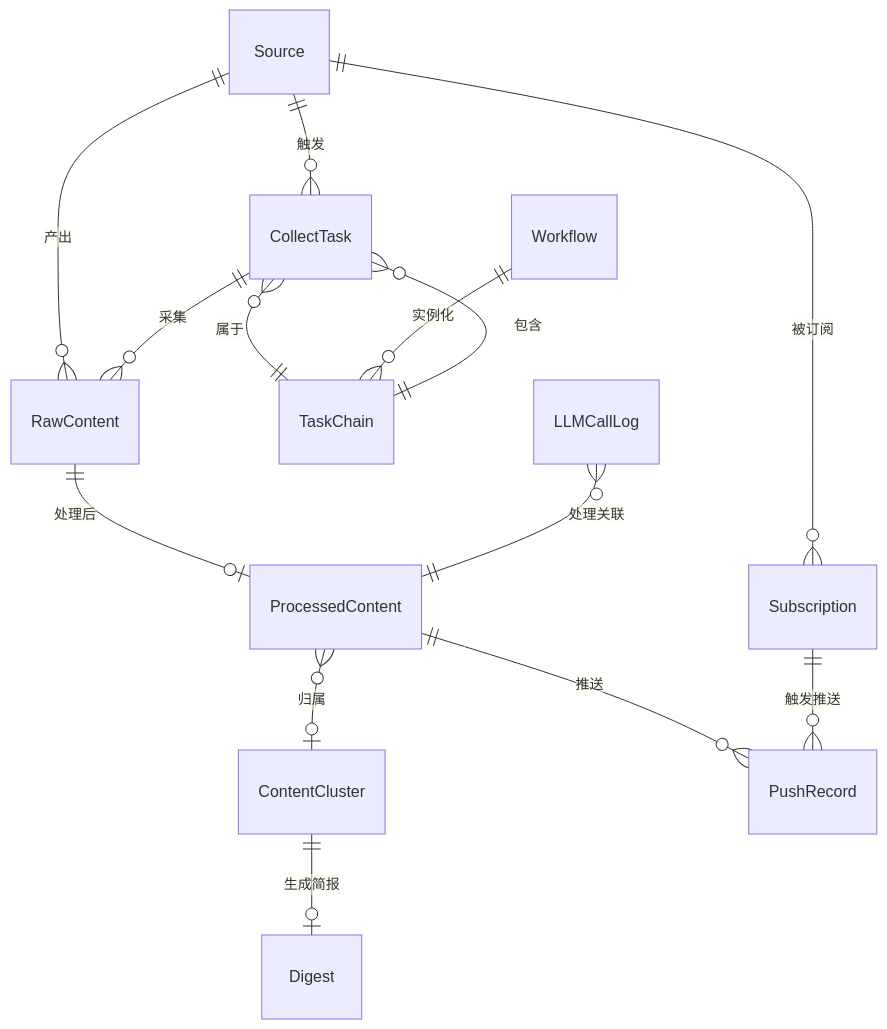
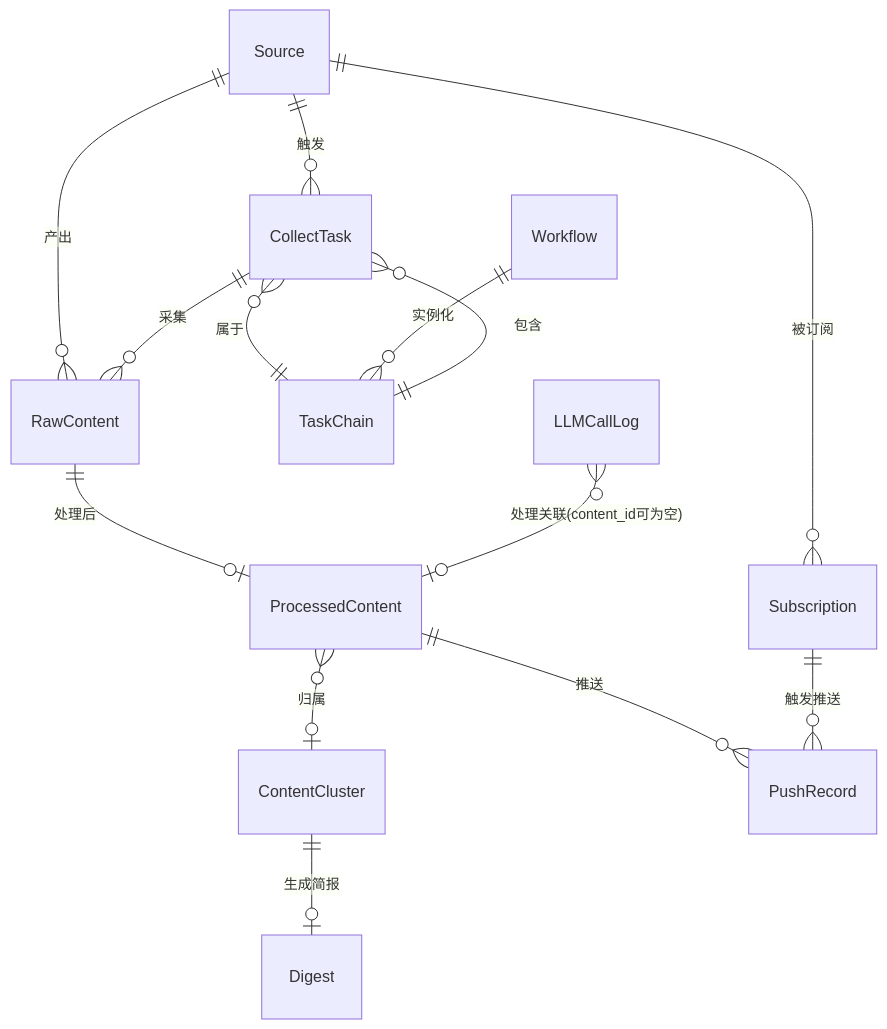
The diagram in docs/arch/arch-intellisource-v1-data.md (lync-cyber/intelli-source), drawn with Mermaid before and after one commit. The commit also changed other lines of this file and 8 other files, not shown here.

````diff
--- a/docs/arch/arch-intellisource-v1-data.md
+++ b/docs/arch/arch-intellisource-v1-data.md
@@ -15,24 +17,24 @@
 ```mermaid
 erDiagram
     Source ||--o{ CollectTask : "触发"
     Source ||--o{ RawContent : "产出"
     Source ||--o{ Subscription : "被订阅"
 
     CollectTask ||--o{ RawContent : "采集"
     CollectTask }o--|| TaskChain : "属于"
 
     RawContent ||--o| ProcessedContent : "处理后"
 
     ProcessedContent }o--o| ContentCluster : "归属"
     ProcessedContent ||--o{ PushRecord : "推送"
 
     ContentCluster ||--o| Digest : "生成简报"
 
     Subscription ||--o{ PushRecord : "触发推送"
 
     TaskChain ||--o{ CollectTask : "包含"
 
     Workflow ||--o{ TaskChain : "实例化"
 
-    LLMCallLog }o--|| ProcessedContent : "处理关联"
+    LLMCallLog }o--o| ProcessedContent : "处理关联(content_id可为空)"
 ```
````
